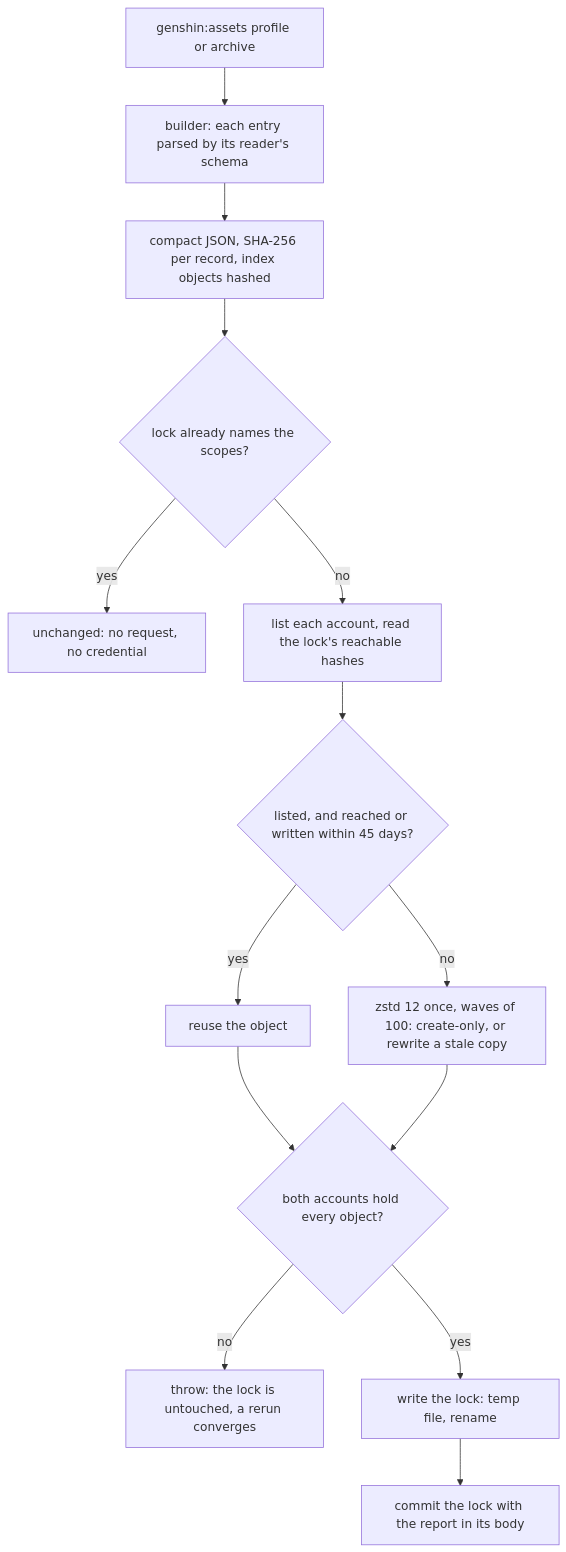
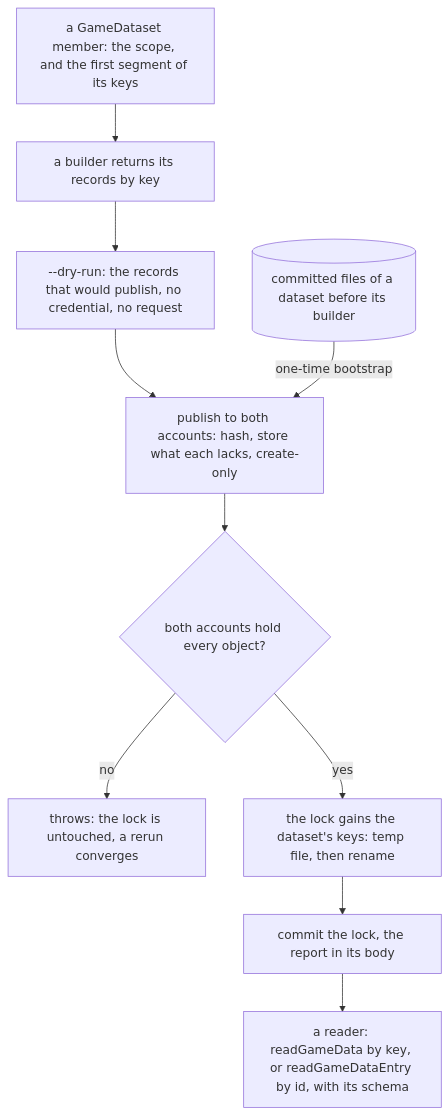
Before and after one commit to Esposter/Esposter: the first of 5 diagrams in apps/web/content/docs/genshin/hosted-game-data.md, drawn with Mermaid. The commit also changed other lines of this file and 64 other files, not shown here.

````diff
--- a/apps/web/content/docs/genshin/hosted-game-data.md
+++ b/apps/web/content/docs/genshin/hosted-game-data.md
@@ -20,16 +89,12 @@
 ```mermaid
 flowchart TD
-  Step["genshin:assets profile or archive"] --> Build["builder: each entry parsed by its reader's schema"]
-  Build --> Hash["compact JSON, SHA-256 per record, index objects hashed"]
-  Hash --> Same{"lock already names the scopes?"}
-  Same -->|yes| Skip["unchanged: no request, no credential"]
-  Same -->|no| Reach["list each account, read the lock's reachable hashes"]
-  Reach --> Need{"listed, and reached or written within 45 days?"}
-  Need -->|yes| Reuse["reuse the object"]
-  Need -->|no| Upload["zstd 12 once, waves of 100: create-only, or rewrite a stale copy"]
-  Reuse --> Both{"both accounts hold every object?"}
-  Upload --> Both
-  Both -->|no| Abort["throw: the lock is untouched, a rerun converges"]
-  Both -->|yes| Lock["write the lock: temp file, rename"]
-  Lock --> Commit["commit the lock with the report in its body"]
+  Member["a GameDataset member: the scope, and the first segment of its keys"] --> Builder["a builder returns its records by key"]
+  Builder --> Dry["--dry-run: the records that would publish, no credential, no request"]
+  Dry --> Publish["publish to both accounts: hash, store what each lacks, create-only"]
+  Files[("committed files of a dataset before its builder")] -->|"one-time bootstrap"| Publish
+  Publish --> Held{"both accounts hold every object?"}
+  Held -->|no| Abort["throws: the lock is untouched, a rerun converges"]
+  Held -->|yes| Lock["the lock gains the dataset's keys: temp file, then rename"]
+  Lock --> Commit["commit the lock, the report in its body"]
+  Commit --> Reader["a reader: readGameData by key, or readGameDataEntry by id, with its schema"]
 ```
````
